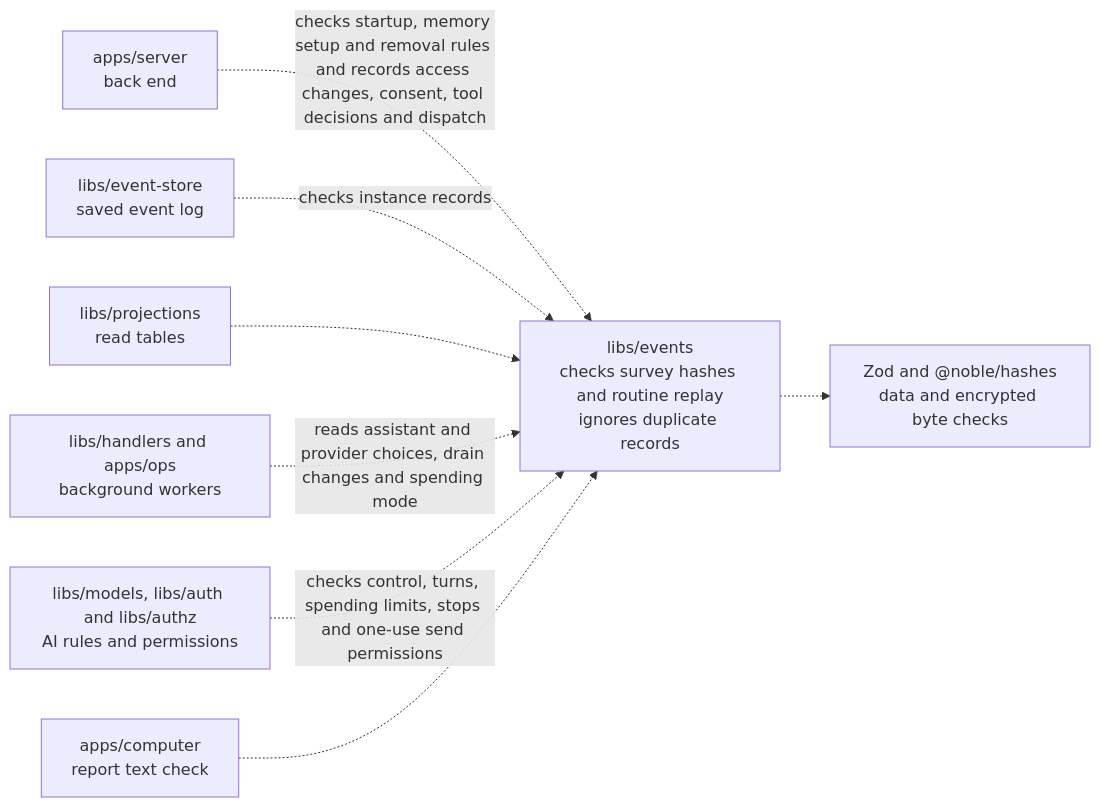
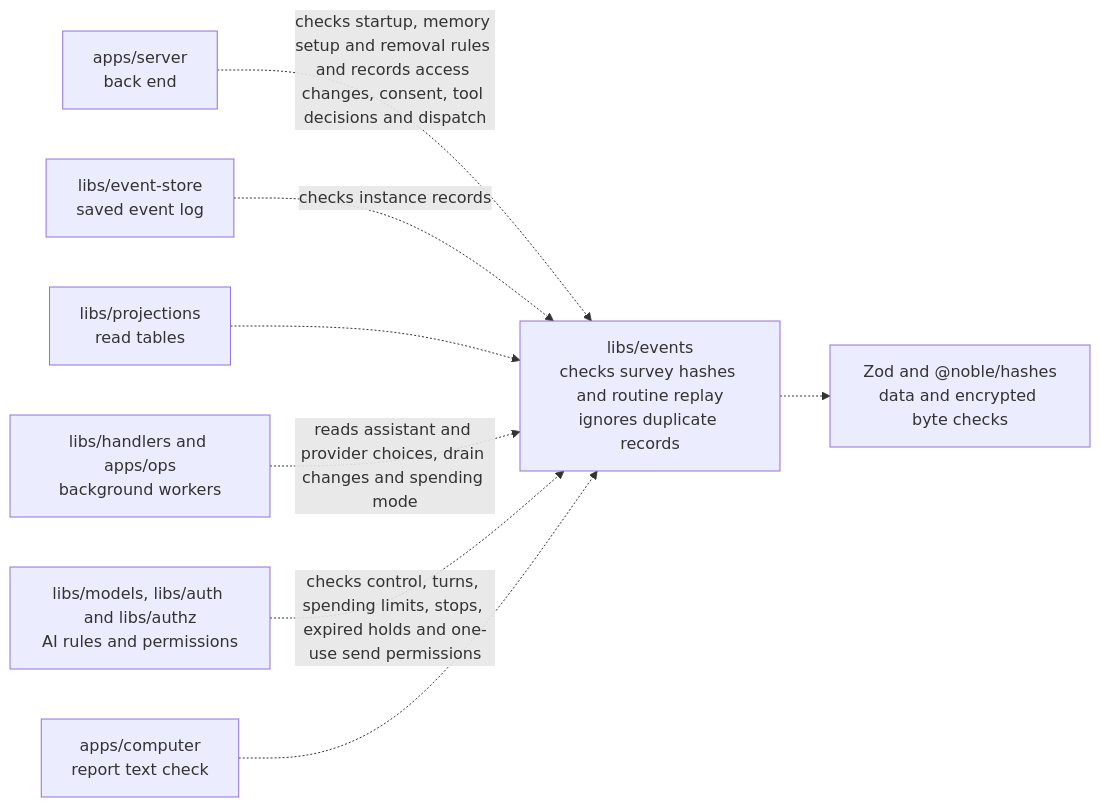
Before and after one commit to elewa-git/opencrane-new: the diagram in libs/events/README.md, drawn with Mermaid. The commit also changed other lines of this file and 14 other files, not shown here.

````diff
--- a/libs/events/README.md
+++ b/libs/events/README.md
@@ -24,10 +24,10 @@
 ```mermaid
 flowchart LR
   server["apps/server<br/>back end"] -.->|checks startup, memory setup and removal rules and records access changes, consent, tool decisions and dispatch| events["libs/events<br/>checks survey hashes and routine replay<br/>ignores duplicate records"]
   store["libs/event-store<br/>saved event log"] -.->|checks instance records| events
   projections["libs/projections<br/>read tables"] -.-> events
   workers["libs/handlers and apps/ops<br/>background workers"] -.->|reads assistant and provider choices, drain changes and spending mode| events
-  others["libs/models, libs/auth and libs/authz<br/>AI rules and permissions"] -.->|checks control, turns, spending limits, stops and one-use send permissions| events
+  others["libs/models, libs/auth and libs/authz<br/>AI rules and permissions"] -.->|checks control, turns, spending limits, stops, expired holds and one-use send permissions| events
   computer["apps/computer<br/>report text check"] -.-> events
   events -.-> checks["Zod and @noble/hashes<br/>data and encrypted byte checks"]
 ```
````
